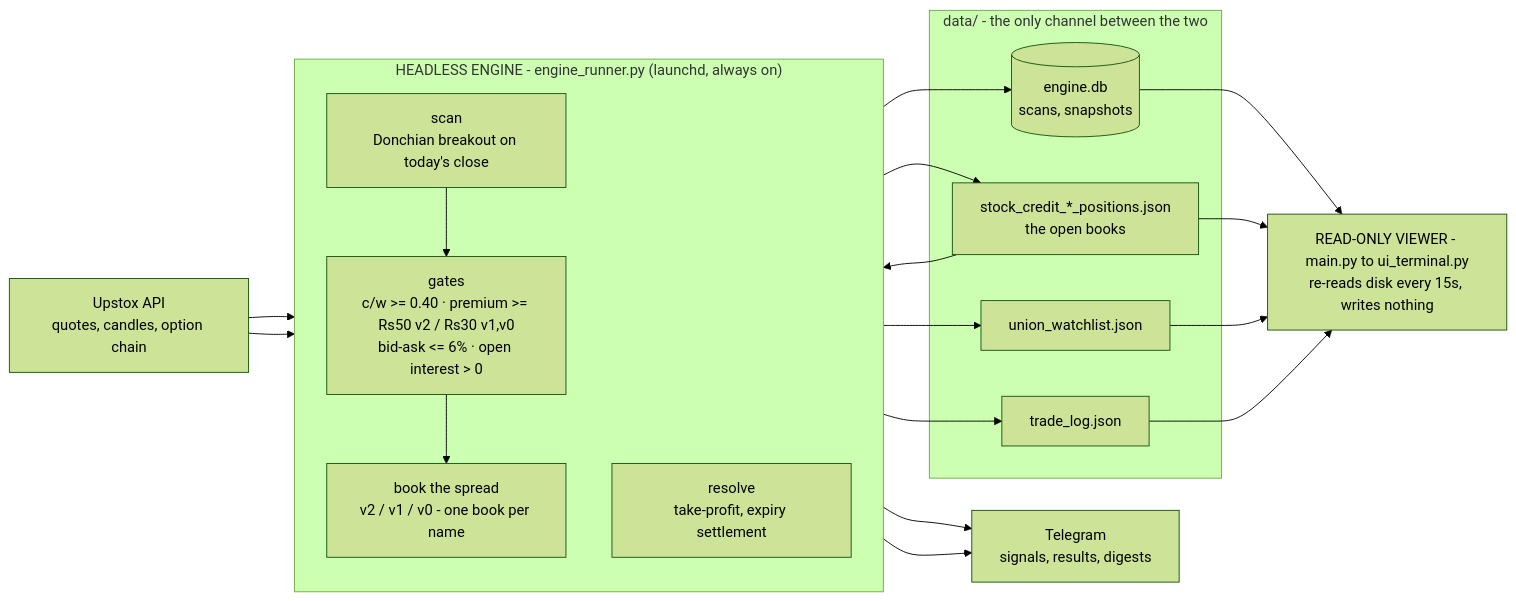
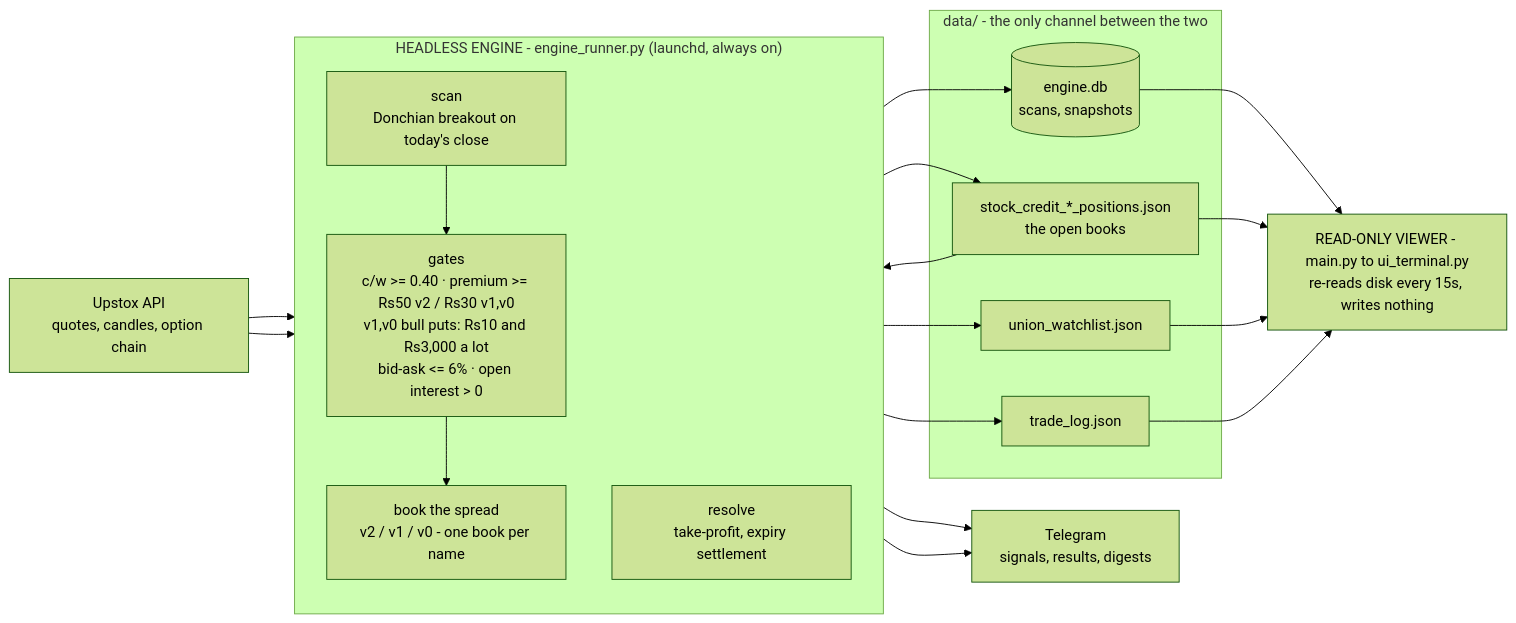
The first of 2 diagrams in README.md (tejasgjadhav/Institutional-Trader), drawn with Mermaid (forest theme) before and after one commit. The commit also changed other lines of this file and 5 other files, not shown here.

````diff
--- a/README.md
+++ b/README.md
@@ -275,37 +280,37 @@
 ```mermaid
 flowchart LR
     UP["Upstox API<br/>quotes, candles, option chain"]
     TG["Telegram<br/>signals, results, digests"]
 
     subgraph ENGINE["HEADLESS ENGINE - engine_runner.py (launchd, always on)"]
         direction TB
         SCAN["scan<br/>Donchian breakout on today's close"]
-        GATE["gates<br/>c/w >= 0.40 · premium >= Rs50 v2 / Rs30 v1,v0<br/>bid-ask <= 6% · open interest > 0"]
+        GATE["gates<br/>c/w >= 0.40 · premium >= Rs50 v2 / Rs30 v1,v0<br/>v1,v0 bull puts: Rs10 and Rs3,000 a lot<br/>bid-ask <= 6% · open interest > 0"]
         BOOK["book the spread<br/>v2 / v1 / v0 - one book per name"]
         RES["resolve<br/>take-profit, expiry settlement"]
         SCAN --> GATE --> BOOK
     end
 
     subgraph DISK["data/ - the only channel between the two"]
         DB[("engine.db<br/>scans, snapshots")]
         POS["stock_credit_*_positions.json<br/>the open books"]
         WL["union_watchlist.json"]
         TL["trade_log.json"]
     end
 
     VIEW["READ-ONLY VIEWER - main.py to ui_terminal.py<br/>re-reads disk every 15s, writes nothing"]
 
     UP --> SCAN
     UP --> RES
     BOOK --> POS
     POS --> RES
     BOOK --> TG
     RES --> TG
     SCAN --> DB
     SCAN --> WL
     RES --> TL
     DB --> VIEW
     POS --> VIEW
     WL --> VIEW
     TL --> VIEW
 ```
````
